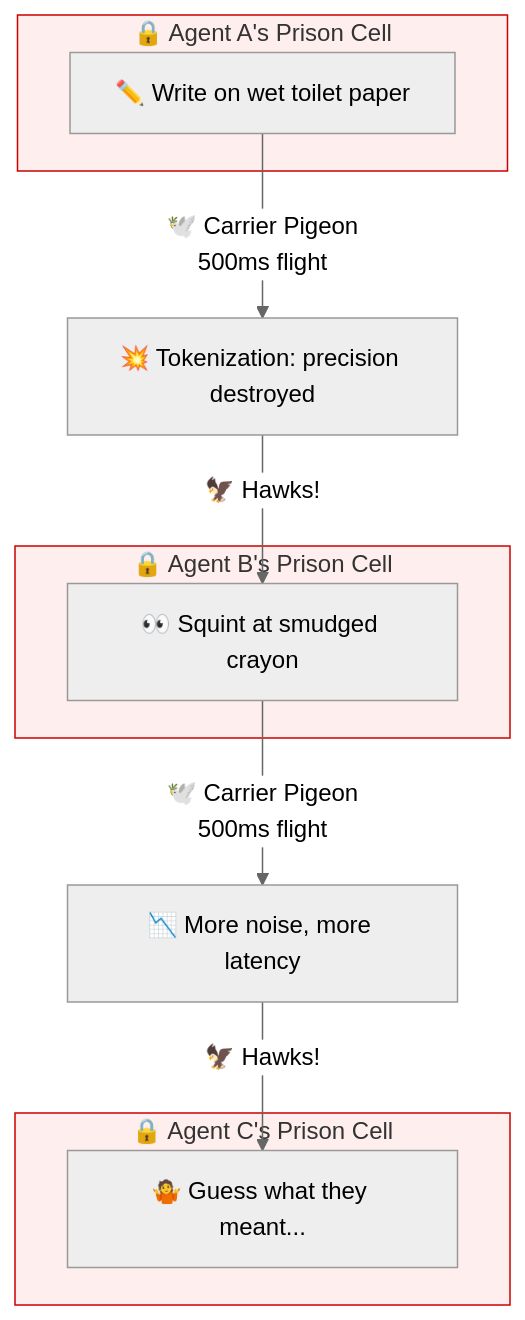
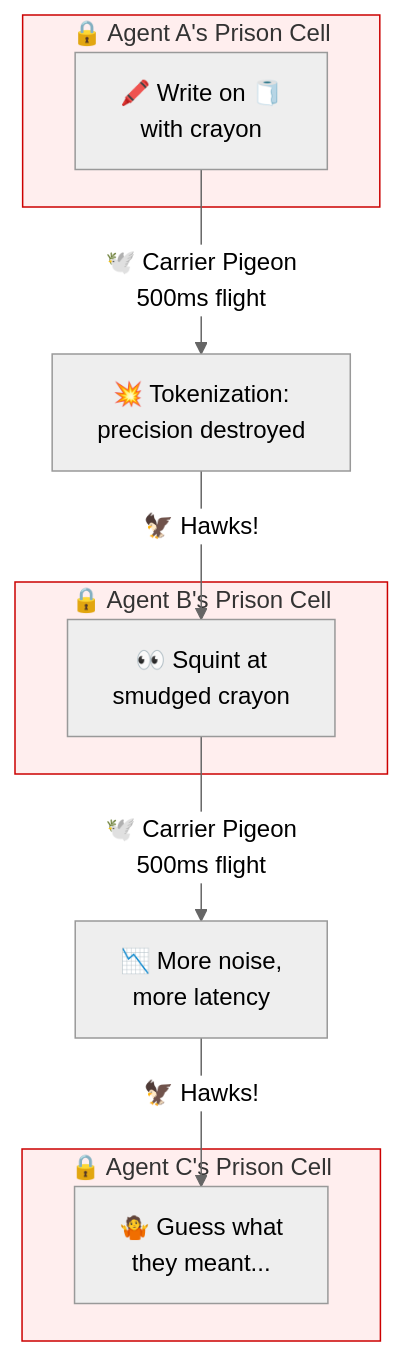
Before and after one commit to SimHacker/moollm: the first of 7 diagrams in designs/SPEED-OF-LIGHT-VS-CARRIER-PIGEON.md, drawn with Mermaid (neutral theme).

Commit message:
Add line breaks and better emojis to carrier pigeon diagram
- 🖍️ Crayon emoji (there is one!)
- 🧻 Toilet paper roll emoji
- Line breaks (<br>) to prevent clipping
- Boxes now taller to fit content

````diff
--- a/designs/SPEED-OF-LIGHT-VS-CARRIER-PIGEON.md
+++ b/designs/SPEED-OF-LIGHT-VS-CARRIER-PIGEON.md
@@ -24,23 +24,23 @@
 ```mermaid
 flowchart TB
     subgraph CellA["🔒 Agent A's Prison Cell"]
-        A1["✏️ Write on wet toilet paper"]
+        A1["🖍️ Write on 🧻<br/>with crayon"]
     end
     
     subgraph CellB["🔒 Agent B's Prison Cell"]
-        B1["👀 Squint at smudged crayon"]
+        B1["👀 Squint at<br/>smudged crayon"]
     end
     
     subgraph CellC["🔒 Agent C's Prison Cell"]
-        C1["🤷 Guess what they meant..."]
+        C1["🤷 Guess what<br/>they meant..."]
     end
     
-    A1 -->|"🕊️ Carrier Pigeon<br/>500ms flight"| tokenize1["💥 Tokenization: precision destroyed"]
+    A1 -->|"🕊️ Carrier Pigeon<br/>500ms flight"| tokenize1["💥 Tokenization:<br/>precision destroyed"]
     tokenize1 -->|"🦅 Hawks!"| B1
-    B1 -->|"🕊️ Carrier Pigeon<br/>500ms flight"| tokenize2["📉 More noise, more latency"]
+    B1 -->|"🕊️ Carrier Pigeon<br/>500ms flight"| tokenize2["📉 More noise,<br/>more latency"]
     tokenize2 -->|"🦅 Hawks!"| C1
     
     style CellA fill:#fee,stroke:#c00
     style CellB fill:#fee,stroke:#c00
     style CellC fill:#fee,stroke:#c00
 ```
````
